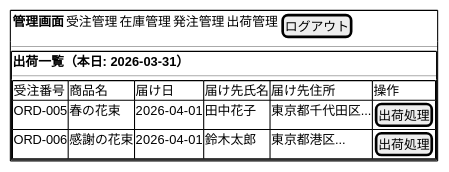
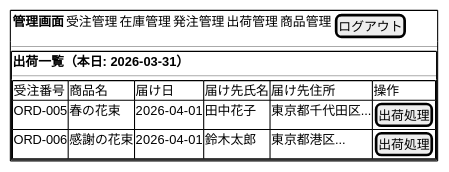
Before and after one commit to k2works/case-study-sdd-development: diagram 19 of 25 in docs/design/ui-design.md, drawn with PlantUML. The commit also changed other lines of this file, not shown here.

````diff
--- a/docs/design/ui-design.md
+++ b/docs/design/ui-design.md
@@ -596,19 +714,19 @@
 ```plantuml
 @startsalt
 {+
   {
-    <b>管理画面 | 受注管理 | 在庫管理 | 発注管理 | 出荷管理 | [ログアウト]
+    <b>管理画面 | 受注管理 | 在庫管理 | 発注管理 | 出荷管理 | 商品管理 | [ログアウト]
   }
   ---
   {+
     <b>出荷一覧（本日: 2026-03-31）
     ---
     {#
       受注番号 | 商品名 | 届け日 | 届け先氏名 | 届け先住所 | 操作
       ORD-005 | 春の花束 | 2026-04-01 | 田中花子 | 東京都千代田区... | [出荷処理]
       ORD-006 | 感謝の花束 | 2026-04-01 | 鈴木太郎 | 東京都港区... | [出荷処理]
     }
   }
 }
 @endsalt
 ```
````
